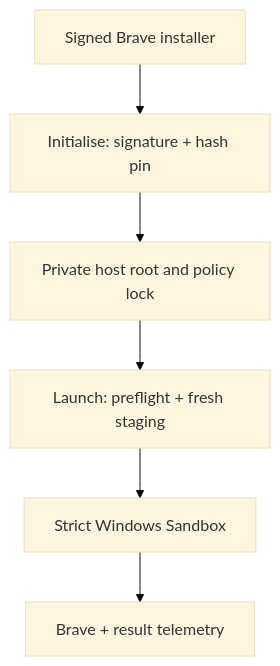
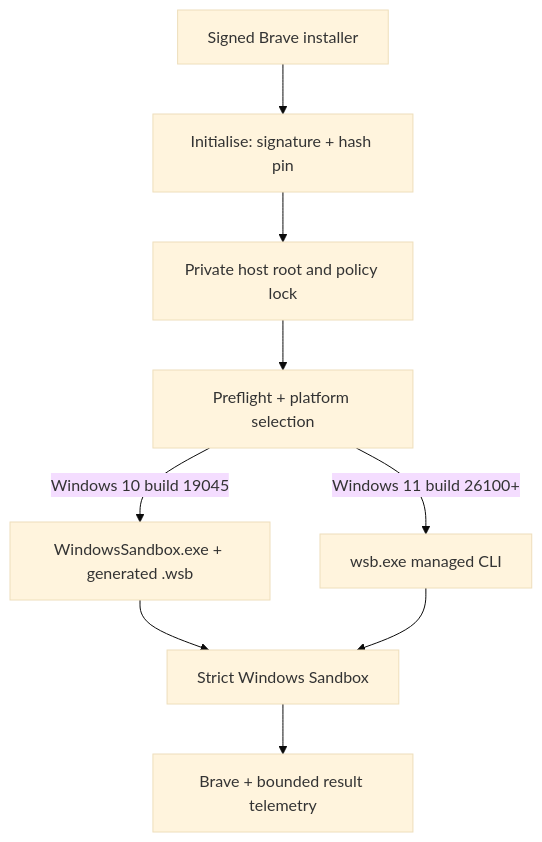
One commit to kunalwagh101/sandbox changed the diagram in docs/ARCHITECTURE.md. Above: the diagram before and after it, drawn with Mermaid (base theme). The commit also changed other lines of this file, not shown here.

Commit message:
document dual Windows Sandbox lifecycle architecture

````diff
--- a/docs/ARCHITECTURE.md
+++ b/docs/ARCHITECTURE.md
@@ -30,8 +46,11 @@
 ```mermaid
 flowchart TD
     A["Signed Brave installer"] --> B["Initialise: signature + hash pin"]
     B --> C["Private host root and policy lock"]
-    C --> D["Launch: preflight + fresh staging"]
-    D --> E["Strict Windows Sandbox"]
-    E --> F["Brave + result telemetry"]
+    C --> D["Preflight + platform selection"]
+    D -->|Windows 10 build 19045| E["WindowsSandbox.exe + generated .wsb"]
+    D -->|Windows 11 build 26100+| F["wsb.exe managed CLI"]
+    E --> G["Strict Windows Sandbox"]
+    F --> G
+    G --> H["Brave + bounded result telemetry"]
 ```
````
